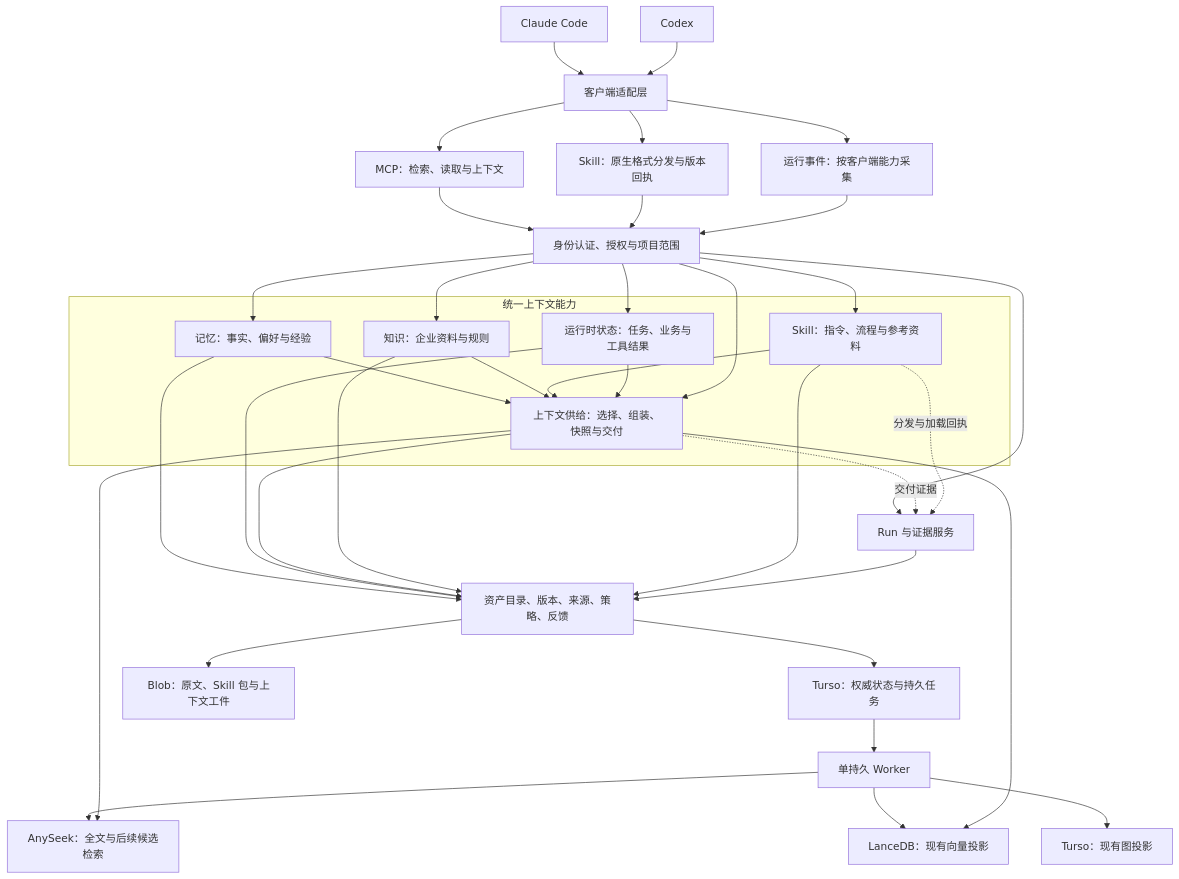
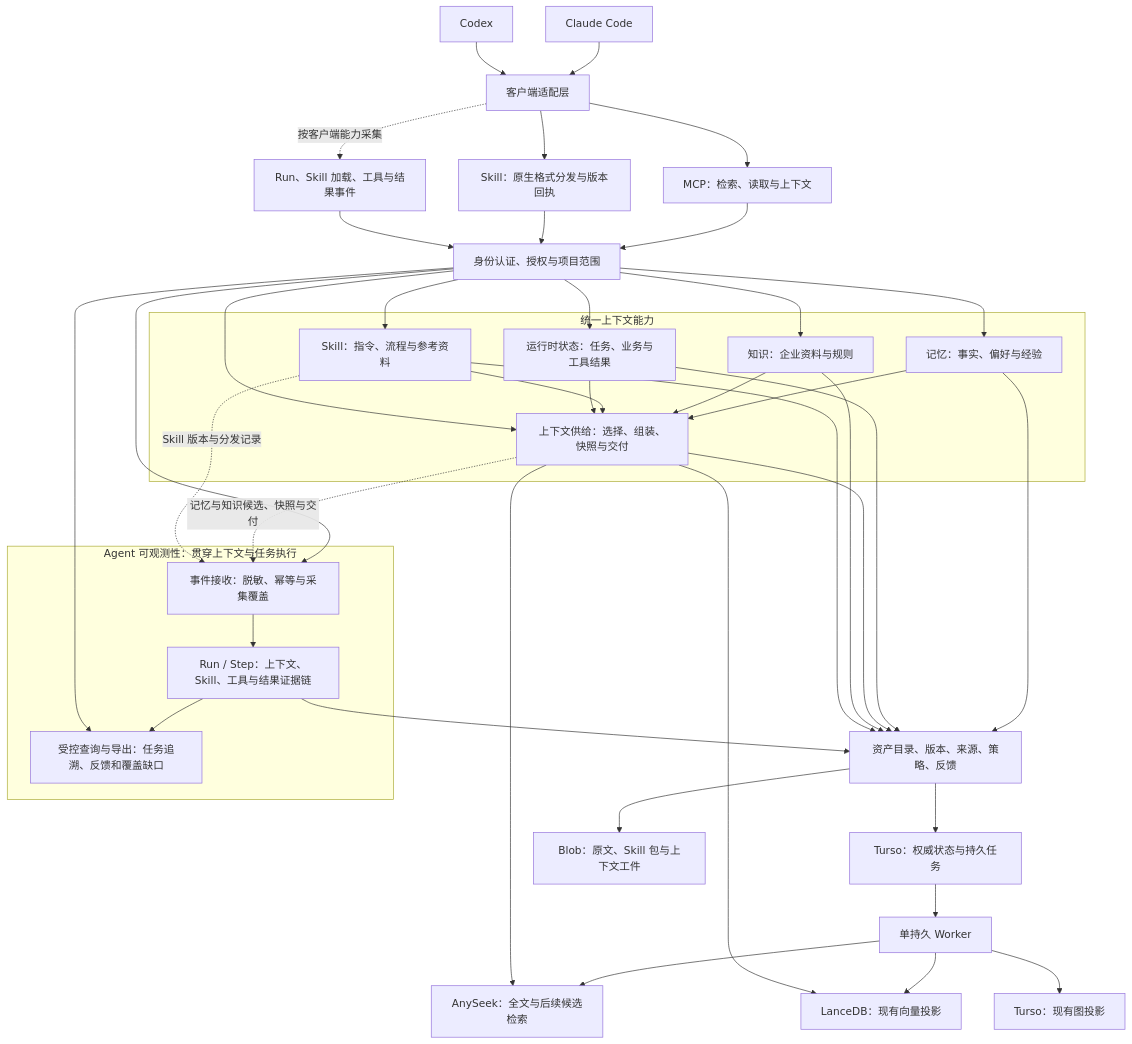
Before and after one commit to TheLudlows/Origence: the first of 2 diagrams in docs/superpowers/specs/2026-11-16-agent-data-foundation-architecture.md, drawn with Mermaid. The commit also changed other lines of this file and 1 other file, not shown here.

Commit message:
docs: show Agent observability layer and evidence flows in architecture

````diff
--- a/docs/superpowers/specs/2026-11-16-agent-data-foundation-architecture.md
+++ b/docs/superpowers/specs/2026-11-16-agent-data-foundation-architecture.md
@@ -52,44 +53,52 @@
 ```mermaid
 flowchart TB
     CC[Claude Code] --> CA[客户端适配层]
     CX[Codex] --> CA
     CA --> MCP[MCP：检索、读取与上下文]
     CA --> SD[Skill：原生格式分发与版本回执]
-    CA --> EV[运行事件：按客户端能力采集]
+    CA -. 按客户端能力采集 .-> EV[Run、Skill 加载、工具与结果事件]
     MCP --> AUTH[身份认证、授权与项目范围]
     SD --> AUTH
     EV --> AUTH
     subgraph CONTEXT[统一上下文能力]
         MEM[记忆：事实、偏好与经验]
         KNOW[知识：企业资料与规则]
         SKILL[Skill：指令、流程与参考资料]
         STATE[运行时状态：任务、业务与工具结果]
         CTX[上下文供给：选择、组装、快照与交付]
         MEM --> CTX
         KNOW --> CTX
         SKILL --> CTX
         STATE --> CTX
     end
     AUTH --> MEM
     AUTH --> KNOW
     AUTH --> SKILL
     AUTH --> STATE
     AUTH --> CTX
-    AUTH --> RUN[Run 与证据服务]
-    CTX -. 交付证据 .-> RUN
-    SKILL -. 分发与加载回执 .-> RUN
+    subgraph OBS[Agent 可观测性：贯穿上下文与任务执行]
+        ING[事件接收：脱敏、幂等与采集覆盖]
+        RUN[Run / Step：上下文、Skill、工具与结果证据链]
+        TRACE[受控查询与导出：任务追溯、反馈和覆盖缺口]
+        ING --> RUN
+        RUN --> TRACE
+    end
+    AUTH --> ING
+    AUTH --> TRACE
+    CTX -. 记忆与知识候选、快照与交付 .-> ING
+    SKILL -. Skill 版本与分发记录 .-> ING
     MEM --> CORE[资产目录、版本、来源、策略、反馈]
     STATE --> CORE
     CTX --> CORE
     KNOW --> CORE
     SKILL --> CORE
     RUN --> CORE
     CORE --> DB[Turso：权威状态与持久任务]
     CORE --> BLOB[Blob：原文、Skill 包与上下文工件]
     DB --> WORK[单持久 Worker]
     WORK --> AS[AnySeek：全文与后续候选检索]
     WORK --> LV[LanceDB：现有向量投影]
     WORK --> GP[Turso：现有图投影]
     CTX --> AS
     CTX --> LV
 ```
````
